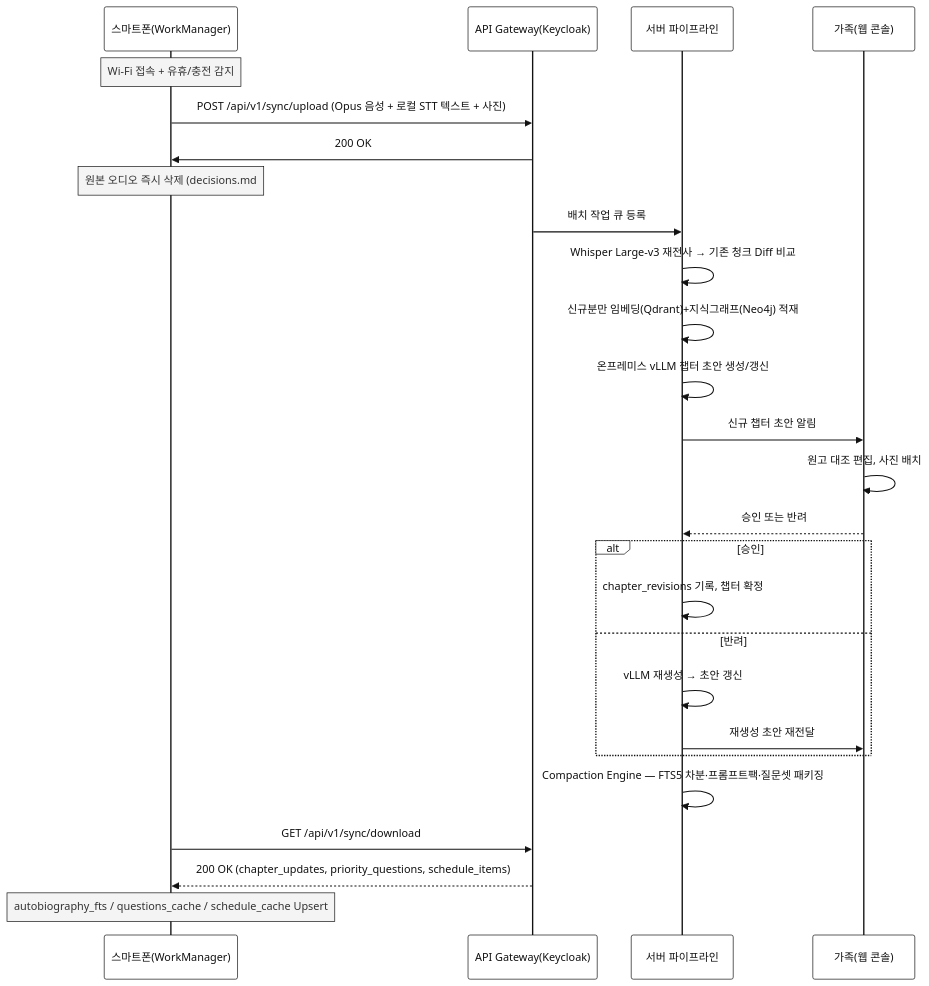
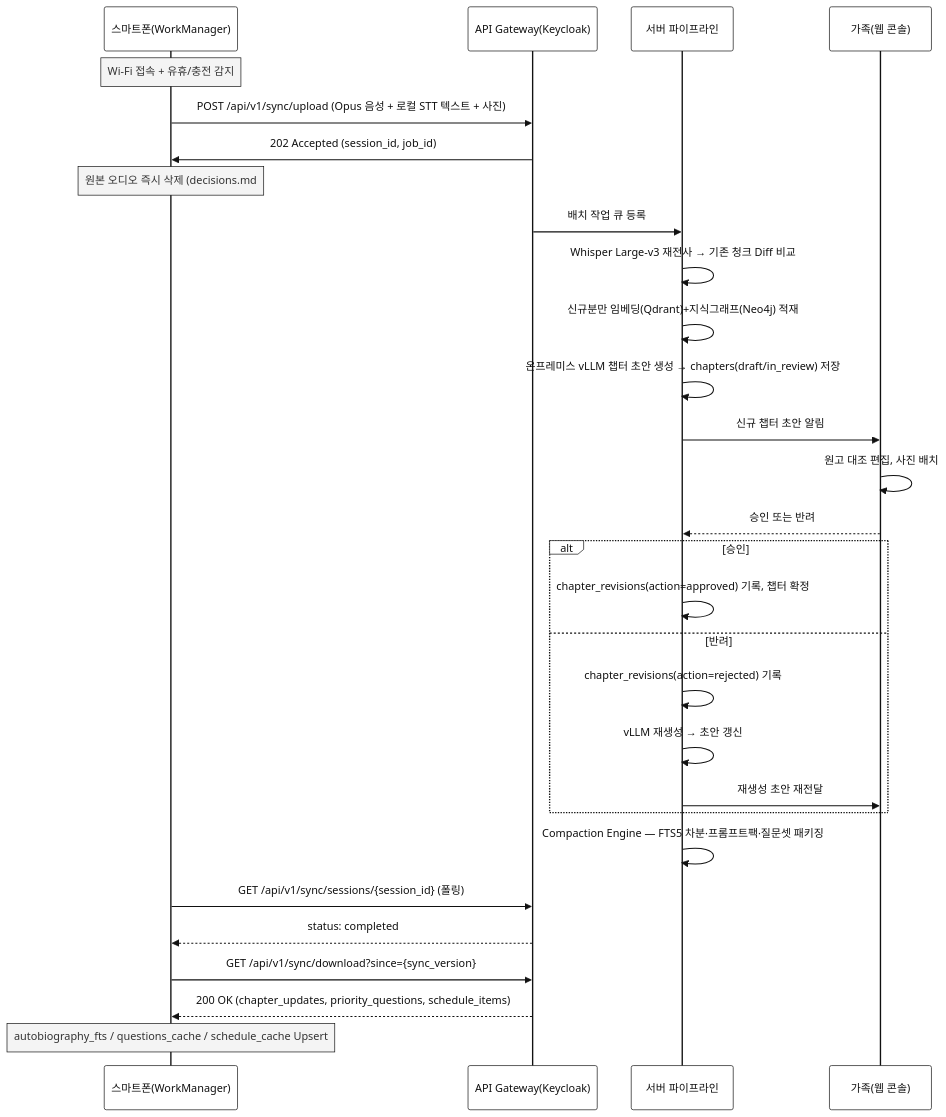
One commit to boheni07/SilverYarn changed the fourth of 21 diagrams in docs/02-design/workflow-diagrams.md. Above: the diagram before and after it, drawn with Mermaid. The commit also changed other lines of this file and 19 other files, not shown here.

````diff
--- a/docs/02-design/workflow-diagrams.md
+++ b/docs/02-design/workflow-diagrams.md
@@ -151,30 +152,33 @@
 ```mermaid
 %%{init: {'theme':'base', 'themeVariables': {'primaryColor':'#ffffff','primaryTextColor':'#111111','primaryBorderColor':'#111111','lineColor':'#111111','background':'#ffffff','actorBkg':'#ffffff','actorBorder':'#111111','actorTextColor':'#111111','signalColor':'#111111','signalTextColor':'#111111','labelBoxBkgColor':'#ffffff','labelBoxBorderColor':'#111111','noteBkgColor':'#f4f4f4','noteBorderColor':'#111111','sequenceNumberColor':'#111111'}}}%%
 sequenceDiagram
     participant D as 스마트폰(WorkManager)
     participant G as API Gateway(Keycloak)
     participant S as 서버 파이프라인
     participant F as 가족(웹 콘솔)
 
     Note over D: Wi-Fi 접속 + 유휴/충전 감지
     D->>G: POST /api/v1/sync/upload (Opus 음성 + 로컬 STT 텍스트 + 사진)
-    G->>D: 200 OK
+    G->>D: 202 Accepted (session_id, job_id)
     Note over D: 원본 오디오 즉시 삭제 (decisions.md #30)
     G->>S: 배치 작업 큐 등록
     S->>S: Whisper Large-v3 재전사 → 기존 청크 Diff 비교
     S->>S: 신규분만 임베딩(Qdrant)+지식그래프(Neo4j) 적재
-    S->>S: 온프레미스 vLLM 챕터 초안 생성/갱신
+    S->>S: 온프레미스 vLLM 챕터 초안 생성 → chapters(draft/in_review) 저장
     S->>F: 신규 챕터 초안 알림
     F->>F: 원고 대조 편집, 사진 배치
     F-->>S: 승인 또는 반려
     alt 승인
-        S->>S: chapter_revisions 기록, 챕터 확정
+        S->>S: chapter_revisions(action=approved) 기록, 챕터 확정
     else 반려
+        S->>S: chapter_revisions(action=rejected) 기록
         S->>S: vLLM 재생성 → 초안 갱신
         S->>F: 재생성 초안 재전달
     end
     S->>S: Compaction Engine — FTS5 차분·프롬프트팩·질문셋 패키징
-    D->>G: GET /api/v1/sync/download
+    D->>G: GET /api/v1/sync/sessions/{session_id} (폴링)
+    G-->>D: status: completed
+    D->>G: GET /api/v1/sync/download?since={sync_version}
     G-->>D: 200 OK (chapter_updates, priority_questions, schedule_items)
     Note over D: autobiography_fts / questions_cache / schedule_cache Upsert
 ```
````
